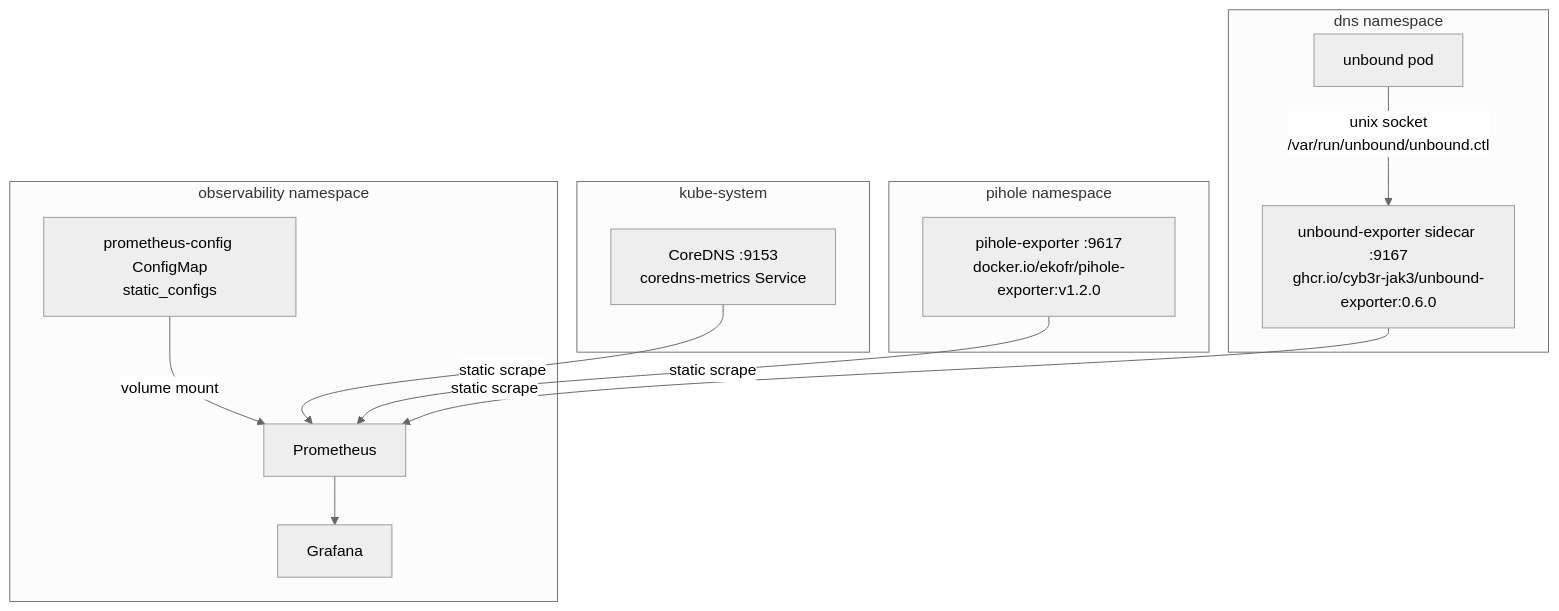
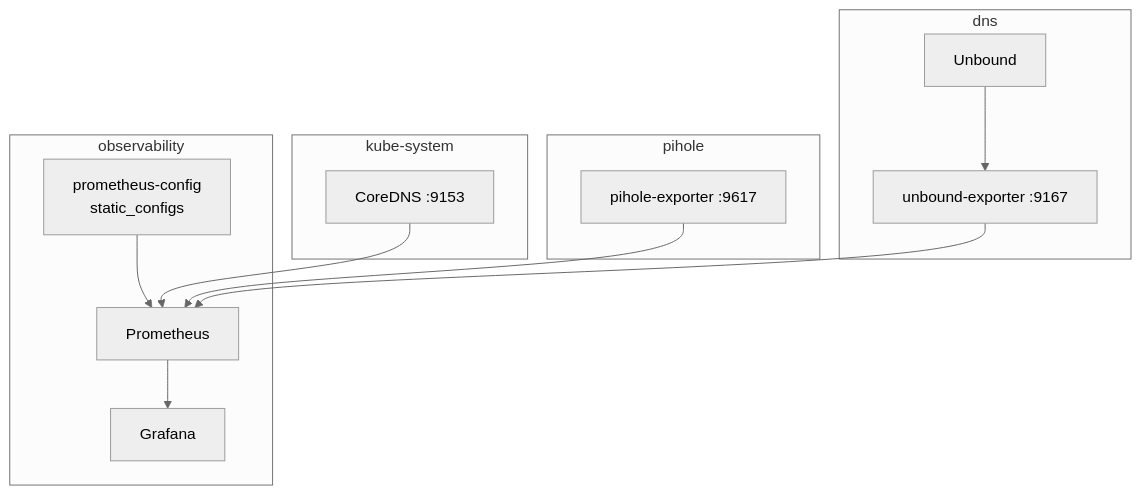
The diagram in docs/observability.md (ivanversluis/homelabs), drawn with Mermaid (neutral theme) before and after one commit. The commit also changed other lines of this file and 11 other files, not shown here.

Commit message:
docs(platform): align paths and architecture guidance

````diff
--- a/docs/observability.md
+++ b/docs/observability.md
@@ -11,23 +31,23 @@
 ```mermaid
 flowchart TD
   subgraph kube-system
-    CD[CoreDNS :9153\ncoredns-metrics Service]
+    CD[CoreDNS :9153]
   end
-  subgraph pihole namespace
-    PE[pihole-exporter :9617\ndocker.io/ekofr/pihole-exporter:v1.2.0]
+  subgraph pihole
+    PE[pihole-exporter :9617]
   end
-  subgraph dns namespace
-    UB[unbound pod]
-    UB -->|unix socket\n/var/run/unbound/unbound.ctl| UE[unbound-exporter sidecar :9167\nghcr.io/cyb3r-jak3/unbound-exporter:0.6.0]
+  subgraph dns
+    UB[Unbound]
+    UB --> UE[unbound-exporter :9167]
   end
-  subgraph observability namespace
-    CM[prometheus-config ConfigMap\nstatic_configs]
+  subgraph observability
+    CM[prometheus-config\nstatic_configs]
     P[Prometheus]
     G[Grafana]
-    CM -->|volume mount| P
+    CM --> P
   end
-  CD -->|static scrape| P
-  PE -->|static scrape| P
-  UE -->|static scrape| P
+  CD --> P
+  PE --> P
+  UE --> P
   P --> G
 ```
````
